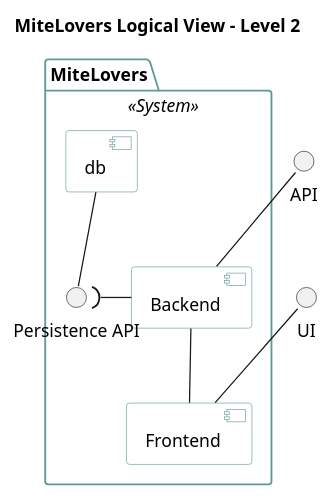
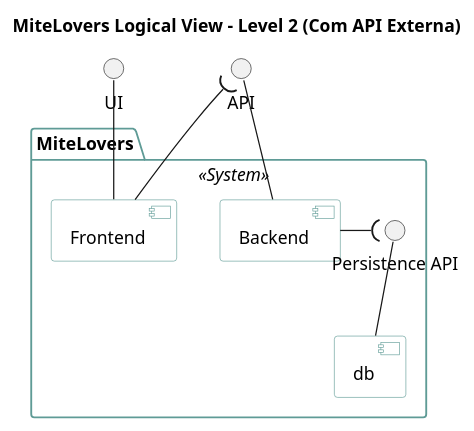
The diagram in SprintReview/Sprint-7/LogicalViewLevel2.puml (AndrePereiraGitH/SWitCH-Project-Team_A), drawn with PlantUML before and after one commit. The commit also changed 1 other file, not shown here.

Commit message:
refactor #1044: refactor logical views level 1 & 2

```diff
--- a/SprintReview/Sprint-7/LogicalViewLevel2.puml
+++ b/SprintReview/Sprint-7/LogicalViewLevel2.puml
@@ -1,36 +1,41 @@
-@startuml MiteLovers_Logical_View_L2
+@startuml MiteLovers_Logical_View_L2_External_API
 
-title MiteLovers Logical View - Level 2
+title MiteLovers Logical View - Level 2 (Com API Externa)
 
 skinparam backgroundColor transparent
 skinparam component {
   BackgroundColor #FFFFFF
   BorderColor #5F9B96
 }
 skinparam package {
   BackgroundColor #FFFFFF
   BorderColor #5F9B96
 }
 
+
+interface "UI" as UI
+interface "API" as API
+
 package "MiteLovers" <<System>> {
   component "db" as db
   component "Backend" as Backend
   component "Frontend" as Frontend
 
+
   interface "Persistence API" as PersistenceAPI
 
-  db -- PersistenceAPI
+
+  db -up- PersistenceAPI
   Backend -( PersistenceAPI
-
-  Backend -- Frontend
 }
 
-interface "API" as API
-interface "UI" as UI
 
-API -[hidden]r- UI
+Backend -up- API
 
-Backend -u- API
-Frontend -u- UI
+
+Frontend -( API
+
+
+Frontend -up- UI
 
 @enduml
```
